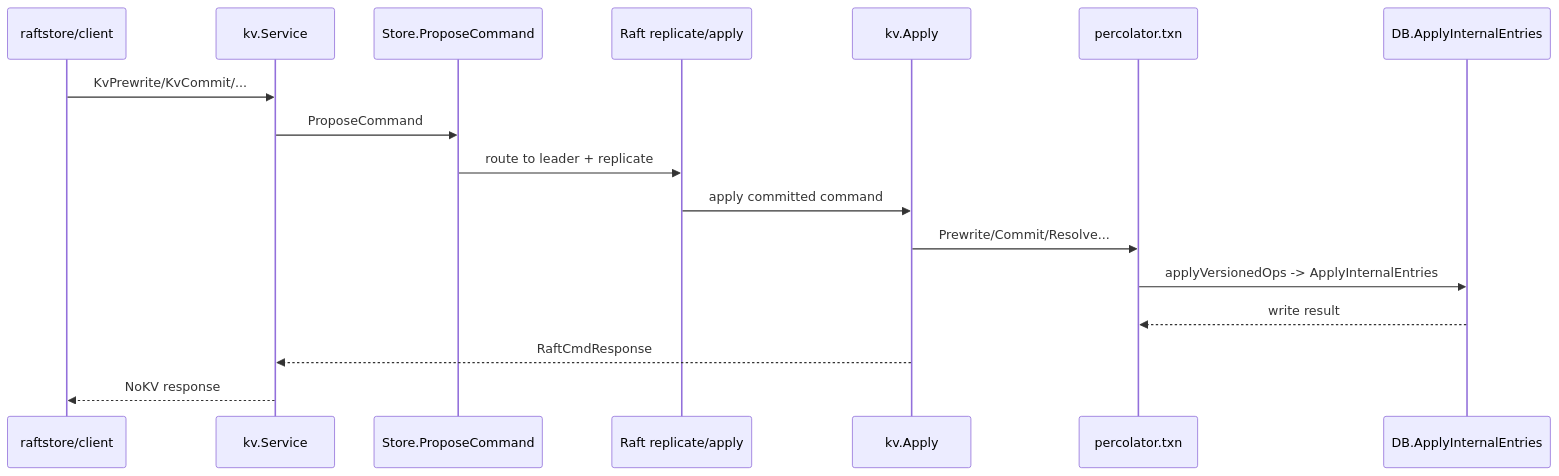
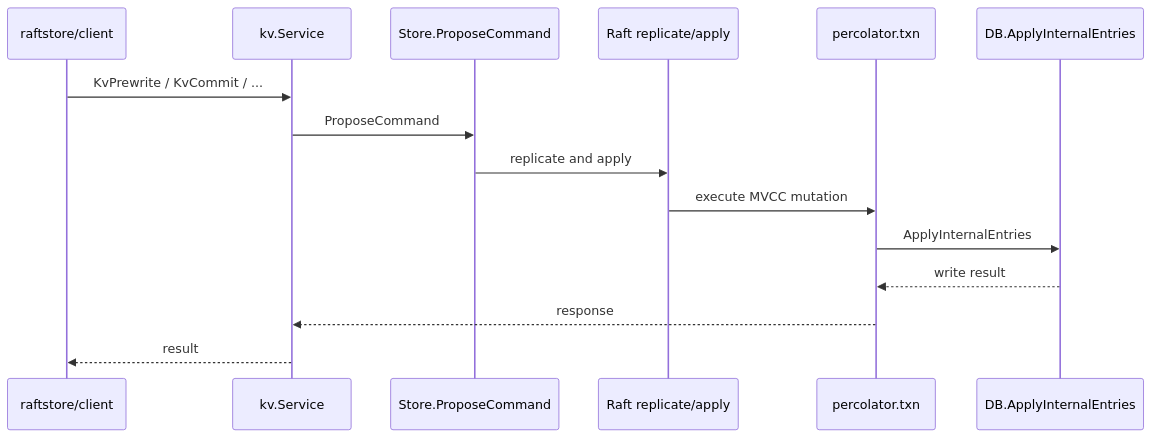
Before and after one commit to feichai0017/NoKV: the third of 3 diagrams in docs/runtime.md, drawn with Mermaid. The commit also changed other lines of this file and 111 other files, not shown here.

````diff
--- a/docs/runtime.md
+++ b/docs/runtime.md
@@ -196,19 +99,17 @@
 ```mermaid
 sequenceDiagram
     participant CL as raftstore/client
     participant SVC as kv.Service
     participant ST as Store.ProposeCommand
     participant RF as Raft replicate/apply
-    participant AP as kv.Apply
     participant TXN as percolator.txn
     participant DB as DB.ApplyInternalEntries
-    CL->>SVC: KvPrewrite/KvCommit/...
+    CL->>SVC: KvPrewrite / KvCommit / ...
     SVC->>ST: ProposeCommand
-    ST->>RF: route to leader + replicate
-    RF->>AP: apply committed command
-    AP->>TXN: Prewrite/Commit/Resolve...
-    TXN->>DB: applyVersionedOps -> ApplyInternalEntries
+    ST->>RF: replicate and apply
+    RF->>TXN: execute MVCC mutation
+    TXN->>DB: ApplyInternalEntries
     DB-->>TXN: write result
-    AP-->>SVC: RaftCmdResponse
-    SVC-->>CL: NoKV response
+    TXN-->>SVC: response
+    SVC-->>CL: result
 ```
````
